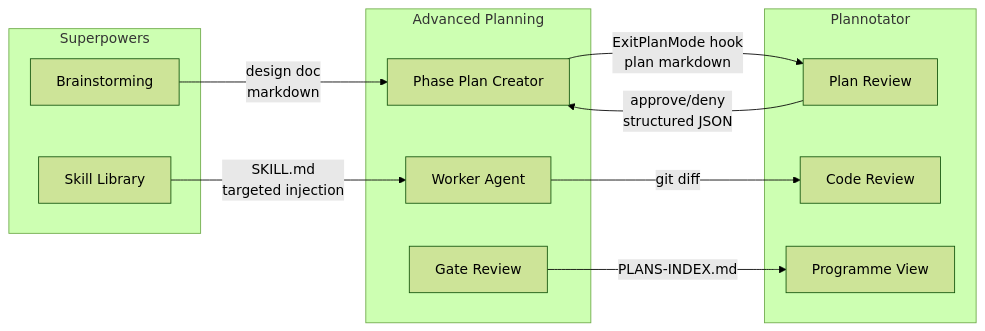
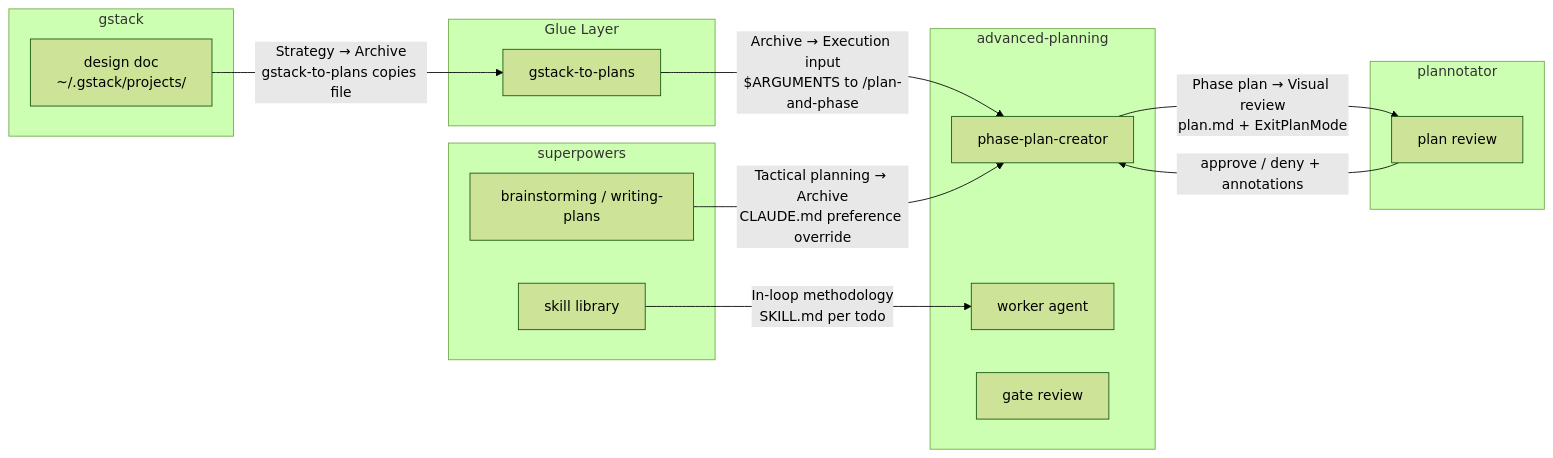
Before and after one commit to MungoHarvey/Advanced-AI-Workflows: the second of 6 diagrams in ARCHITECTURE.md, drawn with Mermaid (forest theme). The commit also changed other lines of this file and 6 other files, not shown here.

````diff
--- a/ARCHITECTURE.md
+++ b/ARCHITECTURE.md
@@ -72,26 +78,35 @@
 ```mermaid
 flowchart LR
-    subgraph SP["Superpowers"]
-        BR["Brainstorming"]
-        SL["Skill Library"]
+    accTitle: Integration Boundaries Between Four Tools
+    accDescr: Shows the six named handoff boundaries where tools exchange artifacts.
+
+    subgraph gs["gstack"]
+        gh_out["design doc<br/>~/.gstack/projects/"]
     end
 
-    subgraph AP["Advanced Planning"]
-        PPC["Phase Plan Creator"]
-        Worker["Worker Agent"]
-        Gate["Gate Review"]
+    subgraph gl["Glue Layer"]
+        gtp["gstack-to-plans"]
     end
 
-    subgraph PN["Plannotator"]
-        PRV["Plan Review"]
-        CRV["Code Review"]
-        PM["Programme View"]
+    subgraph sp["superpowers"]
+        br["brainstorming / writing-plans"]
+        skill_lib["skill library"]
     end
 
-    BR -->|"design doc<br/>markdown"| PPC
-    PPC -->|"ExitPlanMode hook<br/>plan markdown"| PRV
-    PRV -->|"approve/deny<br/>structured JSON"| PPC
-    SL -->|"SKILL.md<br/>targeted injection"| Worker
-    Worker -->|"git diff"| CRV
-    Gate -->|"PLANS-INDEX.md"| PM
+    subgraph ap["advanced-planning"]
+        ppc["phase-plan-creator"]
+        worker["worker agent"]
+        gate["gate review"]
+    end
+
+    subgraph pn["plannotator"]
+        prv["plan review"]
+    end
+
+    gh_out -->|"Strategy → Archive<br/>gstack-to-plans copies file"| gtp
+    gtp -->|"Archive → Execution input<br/>$ARGUMENTS to /plan-and-phase"| ppc
+    br -->|"Tactical planning → Archive<br/>CLAUDE.md preference override"| ppc
+    skill_lib -->|"In-loop methodology<br/>SKILL.md per todo"| worker
+    ppc -->|"Phase plan → Visual review<br/>plan.md + ExitPlanMode"| prv
+    prv -->|"approve / deny + annotations"| ppc
 ```
````
